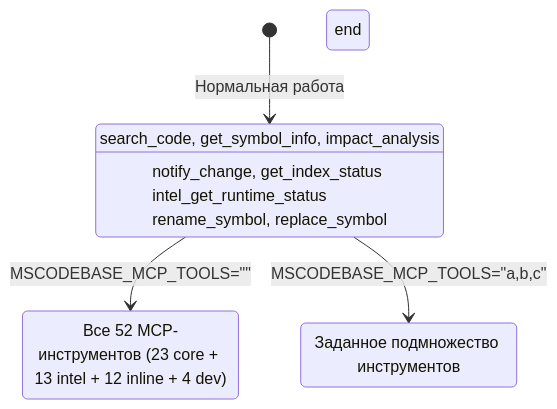
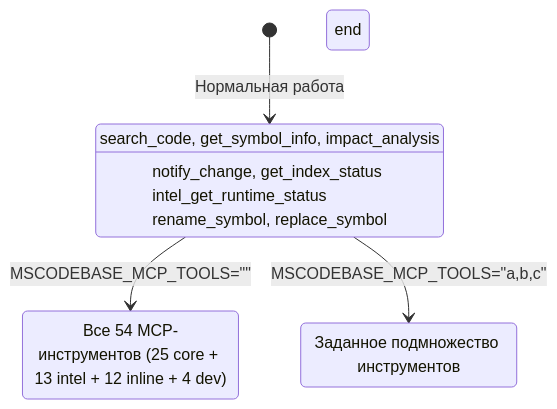
The third of 4 diagrams in docs/ru/GRACEFUL_DEGRADATION.md (ManSio/mscodebase-intelligence), drawn with Mermaid before and after one commit. The commit also changed 36 other files, not shown here.

First line of the commit message:
feat(lsp): type-info/diagnostics MCP tools + pre-flight check_types in WriteTool

````diff
--- a/docs/ru/GRACEFUL_DEGRADATION.md
+++ b/docs/ru/GRACEFUL_DEGRADATION.md
@@ -84,22 +84,22 @@
 ```mermaid
 stateDiagram-v2
     [*] --> DEFAULT_TOOLS: Нормальная работа
 
     state DEFAULT_TOOLS[Видимо: 12 инструментов]
         DEFAULT_TOOLS: search_code, get_symbol_info, impact_analysis
         DEFAULT_TOOLS: notify_change, get_index_status
         DEFAULT_TOOLS: intel_get_runtime_status
         DEFAULT_TOOLS: rename_symbol, replace_symbol
     end
 
     DEFAULT_TOOLS --> ALL_TOOLS: MSCODEBASE_MCP_TOOLS=""
     DEFAULT_TOOLS --> CUSTOM_TOOLS: MSCODEBASE_MCP_TOOLS="a,b,c"
 
-    state ALL_TOOLS[Видимо: 52 инструментов]
-        ALL_TOOLS: Все 52 MCP-инструментов (23 core + 13 intel + 12 inline + 4 dev)
+    state ALL_TOOLS[Видимо: 54 инструментов]
+        ALL_TOOLS: Все 54 MCP-инструментов (25 core + 13 intel + 12 inline + 4 dev)
     end
 
     state CUSTOM_TOOLS[Пользовательский выбор]
         CUSTOM_TOOLS: Заданное подмножество инструментов
     end
 ```
````
